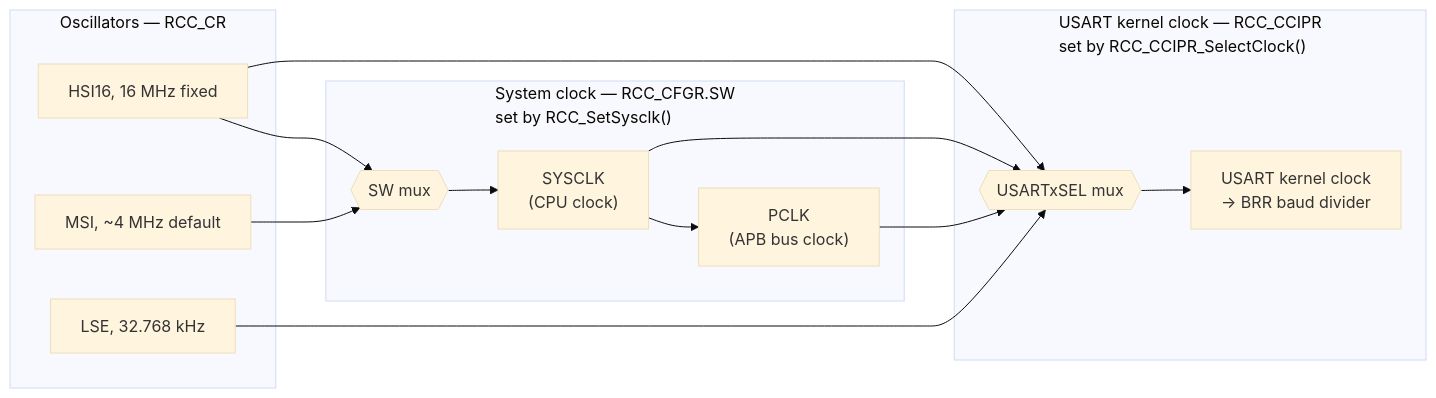
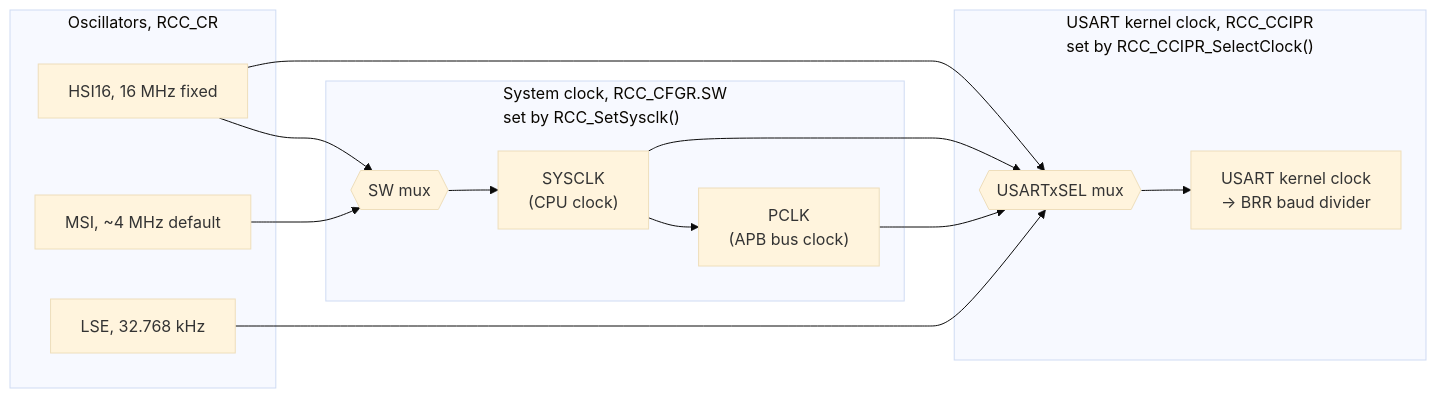
The second of 4 diagrams in docs/uart.md (laumonceri/stm32-baremetal-drivers), drawn with Mermaid (base theme) before and after one commit. The commit also changed other lines of this file and 8 other files, not shown here.

````diff
--- a/docs/uart.md
+++ b/docs/uart.md
@@ -68,23 +68,23 @@
 ```mermaid
 flowchart LR
-    subgraph OSC["Oscillators — RCC_CR"]
+    subgraph OSC["Oscillators, RCC_CR"]
         HSI16osc["HSI16, 16 MHz fixed"]
         MSIosc["MSI, ~4 MHz default"]
         LSEosc["LSE, 32.768 kHz"]
     end
 
-    subgraph SYS["System clock — RCC_CFGR.SW\nset by RCC_SetSysclk()"]
+    subgraph SYS["System clock, RCC_CFGR.SW\nset by RCC_SetSysclk()"]
         HSI16osc --> SW{{SW mux}}
         MSIosc --> SW
         SW --> SYSCLK["SYSCLK\n(CPU clock)"]
         SYSCLK --> PCLK["PCLK\n(APB bus clock)"]
     end
 
-    subgraph KCLK["USART kernel clock — RCC_CCIPR\nset by RCC_CCIPR_SelectClock()"]
+    subgraph KCLK["USART kernel clock, RCC_CCIPR\nset by RCC_CCIPR_SelectClock()"]
         PCLK --> CCIPR{{USARTxSEL mux}}
         SYSCLK --> CCIPR
         HSI16osc --> CCIPR
         LSEosc --> CCIPR
         CCIPR --> USARTCLK["USART kernel clock\n-> BRR baud divider"]
     end
 ```
````
